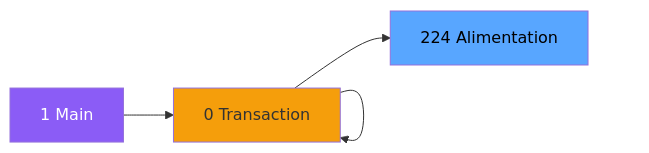
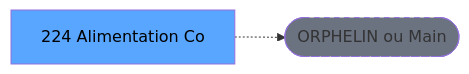
One commit to thonyAGP/lecteur-magic changed the second of 3 diagrams in .openspec/renders/ADH-IDE-224.md. Above: the diagram before and after it, drawn with Mermaid. The commit also changed other lines of this file and 701 other files, not shown here.

````diff
--- a/.openspec/renders/ADH-IDE-224.md
+++ b/.openspec/renders/ADH-IDE-224.md
@@ -111,23 +117,8 @@
 ```mermaid
 graph LR
-    M[1 Main]
-    N0[0 Histo ventes]
-    N0[0 Histo ventes]
-    N0[0 Histo ventes]
-    N0[0 Print extrai]
-    N0[0 Transaction ]
-    T[224 Alimentation]
-    M --> N0
-    N0 --> N0
-    N0 --> N0
-    N0 --> N0
-    N0 --> N0
-    N0 --> T
-    style M fill:#8b5cf6,color:#fff
-    style N0 fill:#f59e0b
-    style N0 fill:#f59e0b
-    style N0 fill:#f59e0b
-    style N0 fill:#f59e0b
-    style N0 fill:#f59e0b
+    T[224 Alimentation Co]
+    ORPHAN([ORPHELIN ou Main])
+    T -.-> ORPHAN
     style T fill:#58a6ff,color:#000
+    style ORPHAN fill:#6b7280,stroke-dasharray: 5 5
 ```
````
